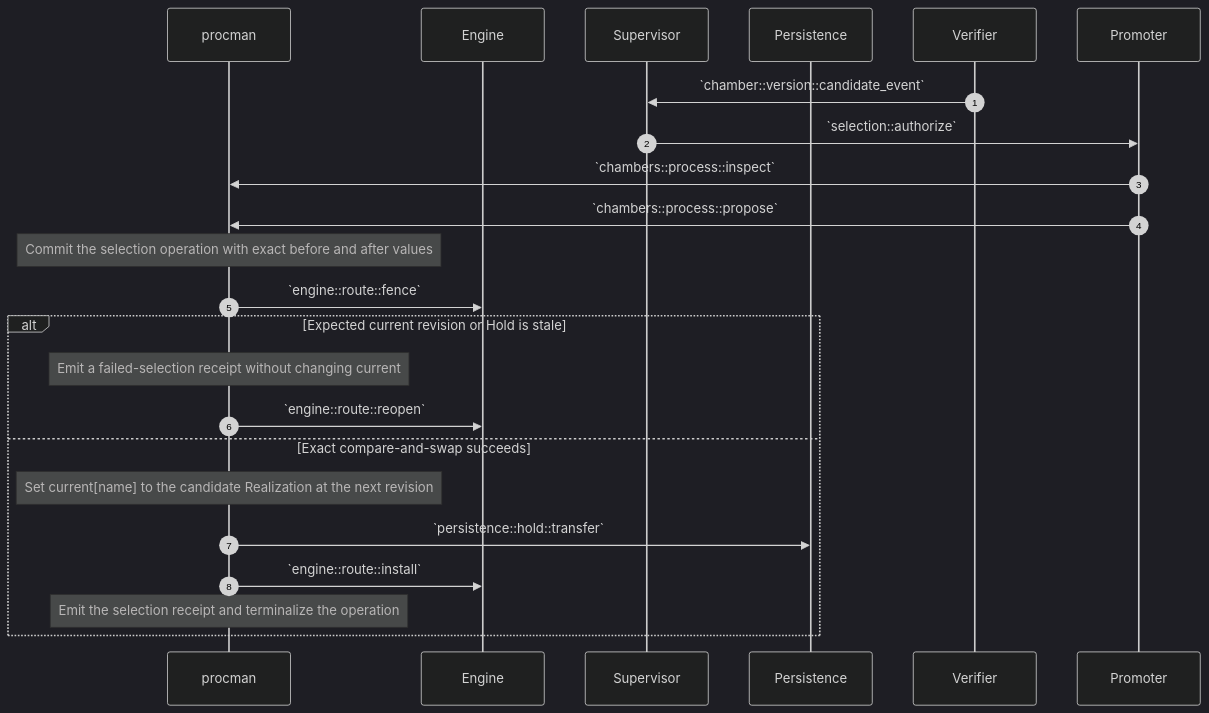
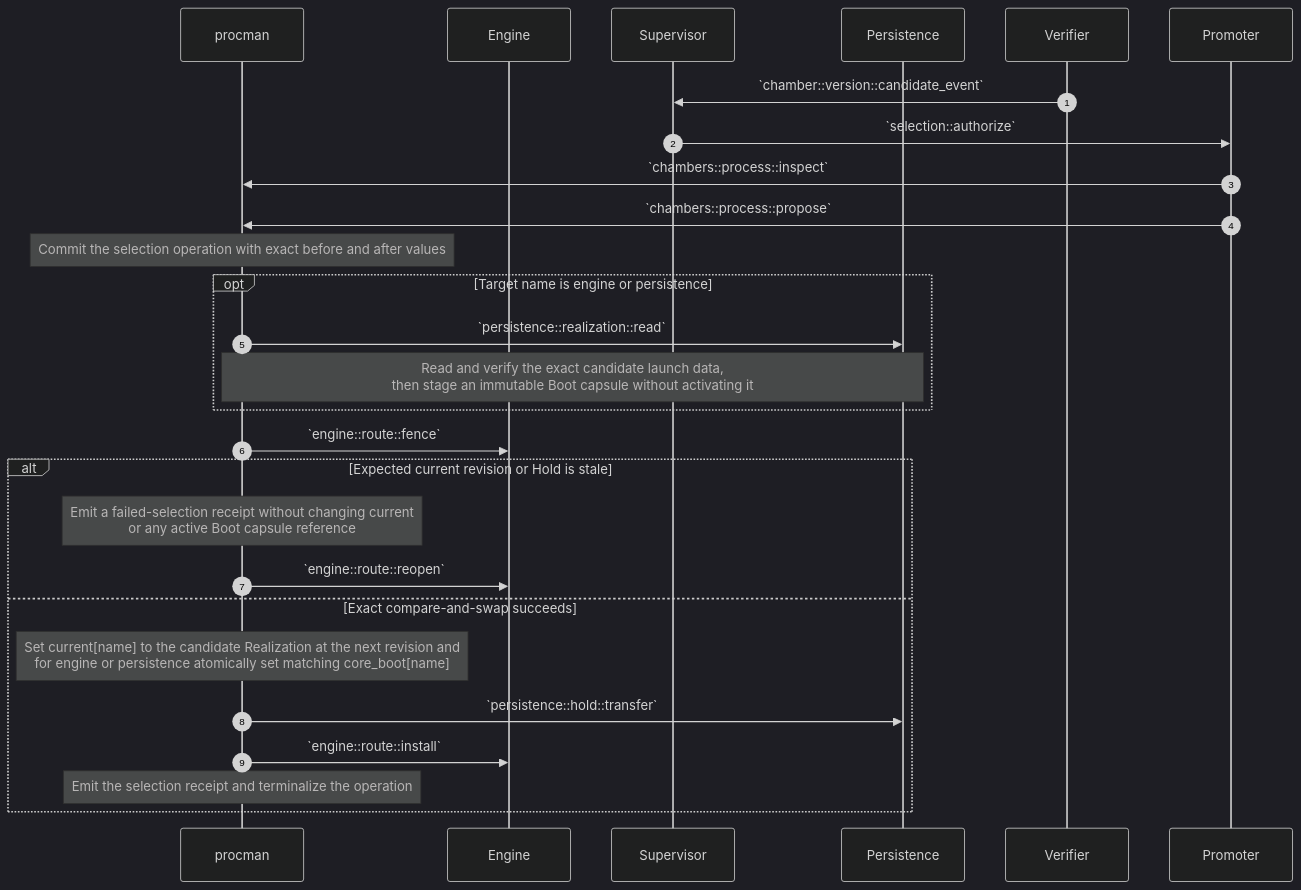
The tenth of 12 diagrams in source/chambers-lifecycle-sequences.md (dreamcatcher-tech/chambers-lifecycle-explorer), drawn with Mermaid (dark theme) before and after one commit. The commit also changed other lines of this file and 12 other files, not shown here.

````diff
--- a/source/chambers-lifecycle-sequences.md
+++ b/source/chambers-lifecycle-sequences.md
@@ -1114,29 +1192,33 @@
 ```mermaid
 sequenceDiagram
     autonumber
     participant procman
     participant Engine
     participant Supervisor
     participant Persistence
     participant Verifier
     participant Promoter
 
     Verifier->>Supervisor: `chamber::version::candidate_event`
     Supervisor->>Promoter: `selection::authorize`
     Promoter->>procman: `chambers::process::inspect`
     Promoter->>procman: `chambers::process::propose`
 
     Note over procman: Commit the selection operation with exact before and after values
+    opt Target name is engine or persistence
+        procman->>Persistence: `persistence::realization::read`
+        Note over procman,Persistence: Read and verify the exact candidate launch data,<br/>then stage an immutable Boot capsule without activating it
+    end
     procman->>Engine: `engine::route::fence`
 
     alt Expected current revision or Hold is stale
-        Note over procman: Emit a failed-selection receipt without changing current
+        Note over procman: Emit a failed-selection receipt without changing current<br/>or any active Boot capsule reference
         procman->>Engine: `engine::route::reopen`
     else Exact compare-and-swap succeeds
-        Note over procman: Set current[name] to the candidate Realization at the next revision
+        Note over procman: Set current[name] to the candidate Realization at the next revision and<br/>for engine or persistence atomically set matching core_boot[name]
         procman->>Persistence: `persistence::hold::transfer`
         procman->>Engine: `engine::route::install`
         Note over procman: Emit the selection receipt and terminalize the operation
     end
 
 ```
````
